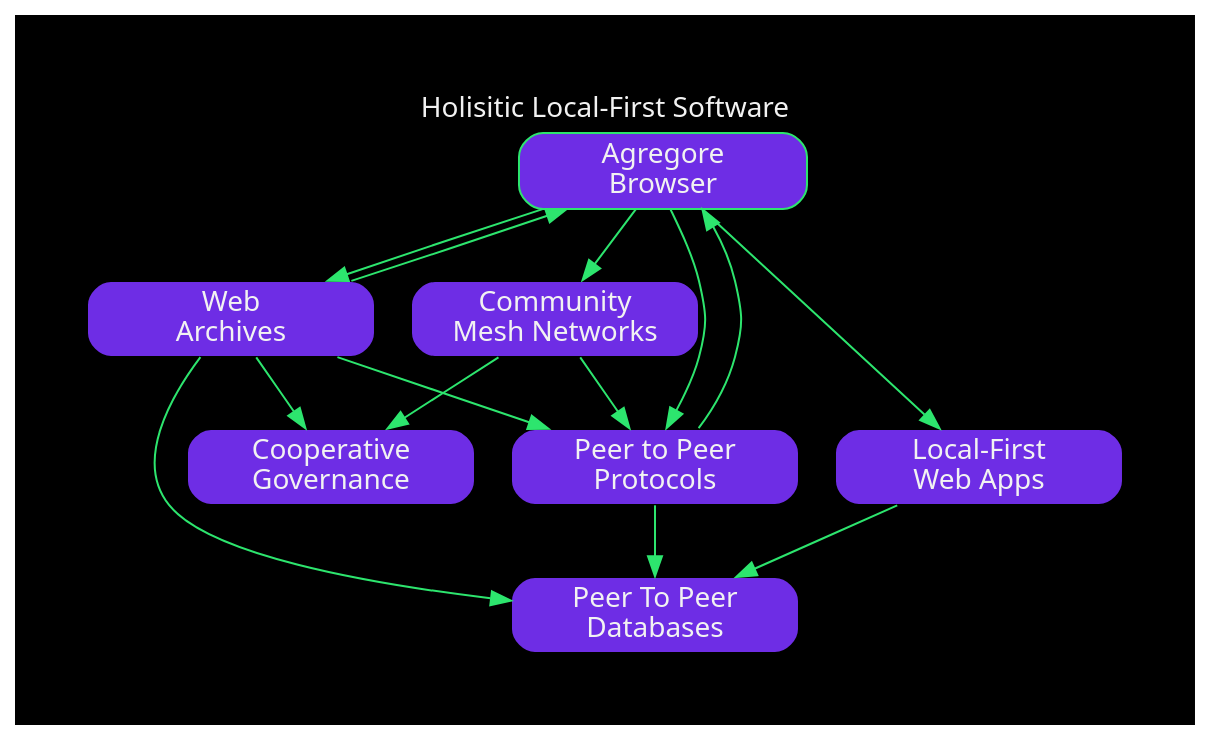
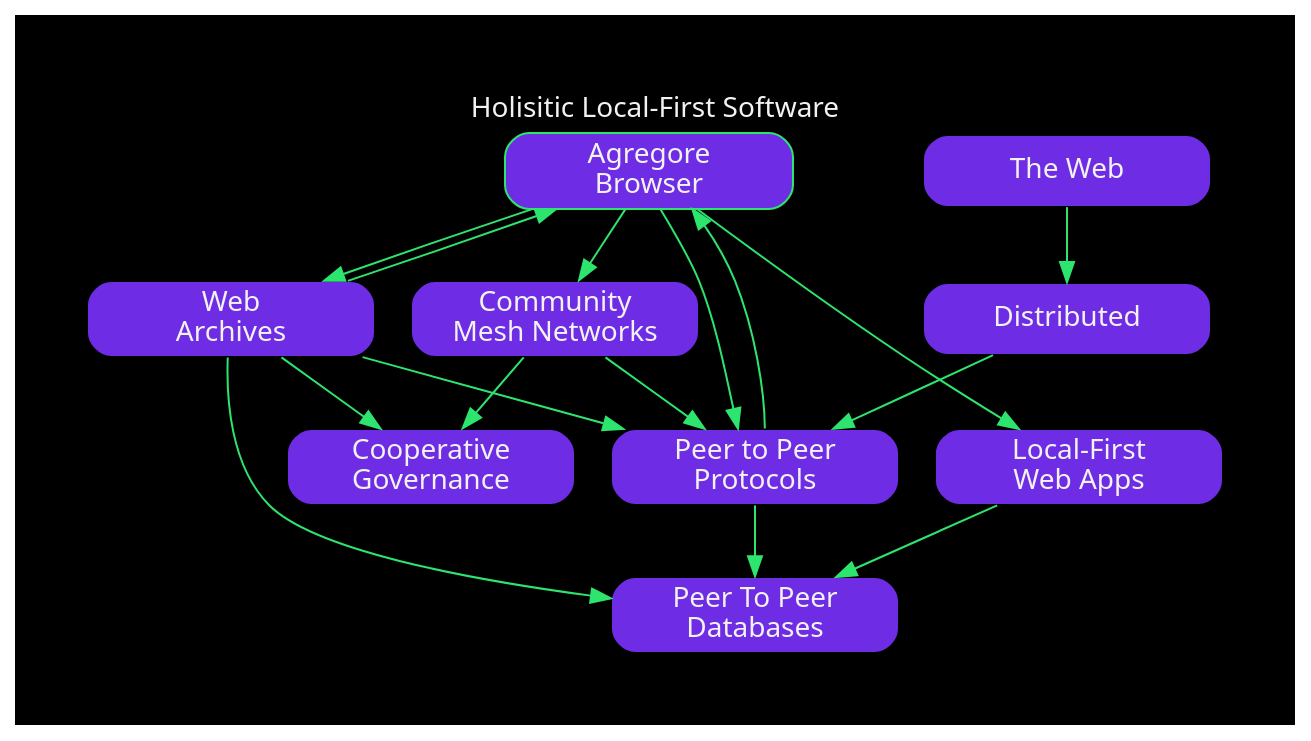
Before and after one commit to RangerMauve/blog.mauve.moe: the first of 8 diagrams in slides/holistic-local-first/README.md, drawn with Graphviz. The commit also changed other lines of this file and 5 other files, not shown here.

````diff
--- a/slides/holistic-local-first/README.md
+++ b/slides/holistic-local-first/README.md
@@ -27,50 +27,55 @@
 ```dot
 digraph {
   label="Holisitic Local-First Software"
   labelloc=t
   rankdir=TD
   bgcolor="#111"
   fontname="system-ui"
   fontcolor="#F2F2F2"
   pad=0.5
   node [
     shape=rect
     style="filled,rounded"
     fillcolor="#6e2de5"
     fontcolor="#F2F2F2"
     fontname="System-UI"
     width=2
   ]
   edge [color="#2de56e"]
 
   agregore [
     label="Agregore\nBrowser"
     color="#2de56e"
   ]
   mesh [label="Community\nMesh Networks"]
   p2p [label="Peer to Peer\nProtocols"]
   archive [label="Web\nArchives"]
   db [label="Peer To Peer\nDatabases"]
   apps [label="Local-First\nWeb Apps"]
   gov [label="Cooperative\nGovernance"]
+  press [label="Distributed"]
+  web [label="The Web"]
 
   p2p -> agregore
   agregore -> p2p
+
+  press -> p2p
+  web -> press
 
   p2p -> db
   apps -> db
   archive -> db
 
   agregore -> apps
 
   archive -> agregore
   agregore -> archive
   archive -> p2p
 
   mesh -> p2p
   agregore -> mesh
 
   mesh -> gov
   archive -> gov
 }
 ```
````
